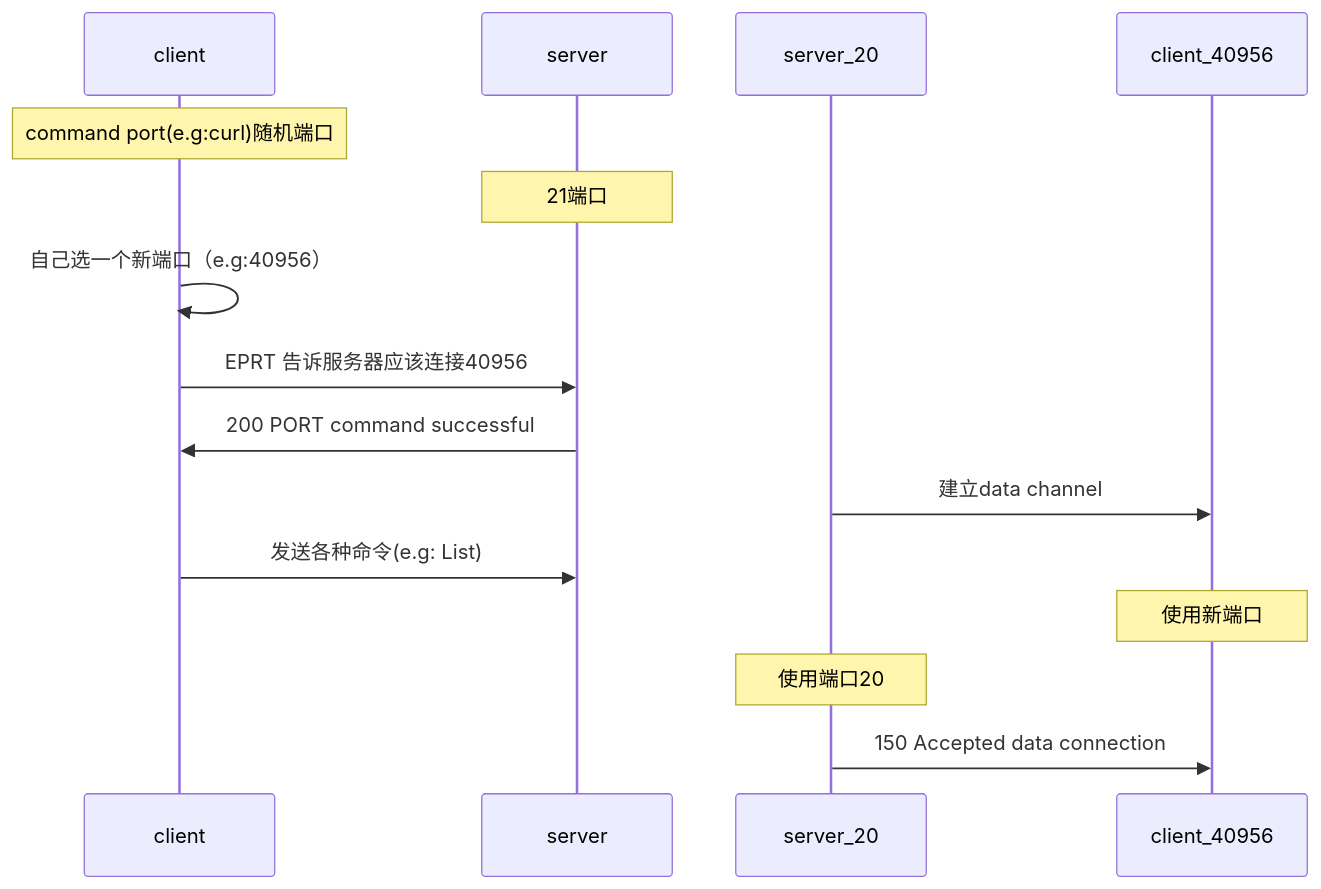
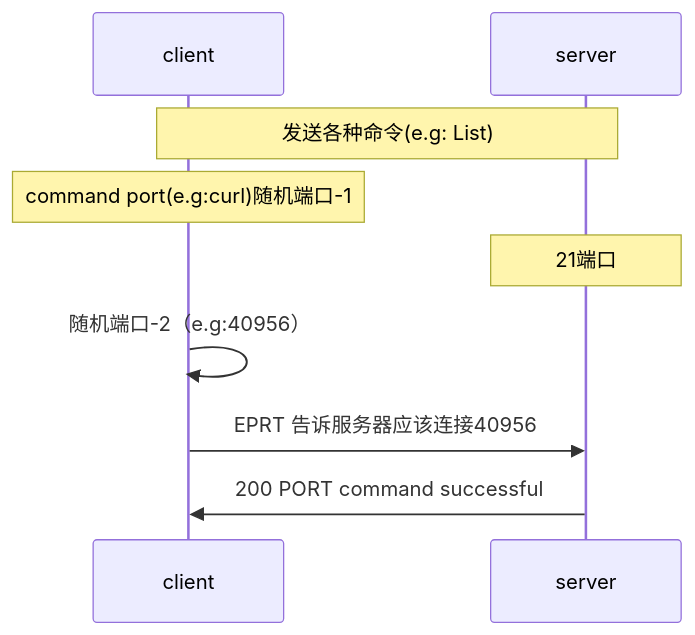
Before and after one commit to caliburn1994/caliburn1994.github.io: the second of 5 diagrams in article/_posts/Linux/2020-10-05-FTP.md, drawn with Mermaid. The commit also changed other lines of this file and 1 other file, not shown here.

````diff
--- a/article/_posts/Linux/2020-10-05-FTP.md
+++ b/article/_posts/Linux/2020-10-05-FTP.md
@@ -72,16 +74,10 @@
 ```mermaid
 sequenceDiagram
-	Note over client: command port(e.g:curl)随机端口
+	Note over client,server: 发送各种命令(e.g: List) 
+	Note over client: command port(e.g:curl)随机端口-1
 	Note over server: 21端口
-	client->>client: 自己选一个新端口（e.g:40956）
+	
+	client->>client: 随机端口-2（e.g:40956）
     client->>server: EPRT 告诉服务器应该连接40956
     server->>client:  200 PORT command successful
-    
-    server_20->>client_40956: 建立data channel
-    
-    client->>server: 发送各种命令(e.g: List)   
-    
-    Note over client_40956: 使用新端口
-    Note over server_20: 使用端口20
-    server_20->>client_40956: 150 Accepted data connection
 ```
````
